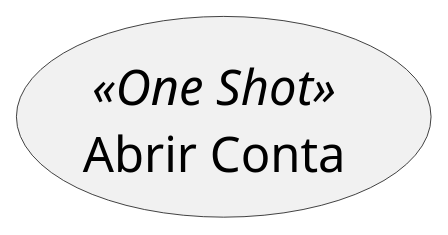
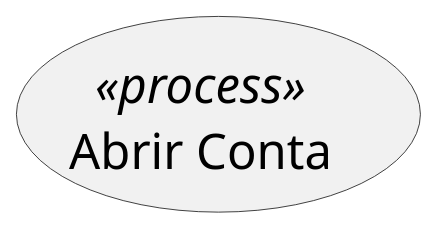
Before and after one commit to LeonardoVieiraGuimaraes/OrientacaoObjetos: the diagram in ModelagemCasoUso/Esteotipos.puml, drawn with PlantUML. The commit also changed 1 other file, not shown here.

```diff
--- a/ModelagemCasoUso/Esteotipos.puml
+++ b/ModelagemCasoUso/Esteotipos.puml
@@ -1,11 +1,14 @@
 @startuml Atores
-' !theme bluegray
+' !theme bluegray 
+skinparam process {
+  FontColor White
+}
 left to right direction
 
 skinparam defaultFontSize 30
 
-usecase "Abrir Conta" as (AbrirConta) << One Shot >>
+usecase "Abrir Conta" as (AbrirConta) << process >>
 
 
 
 @enduml
```
